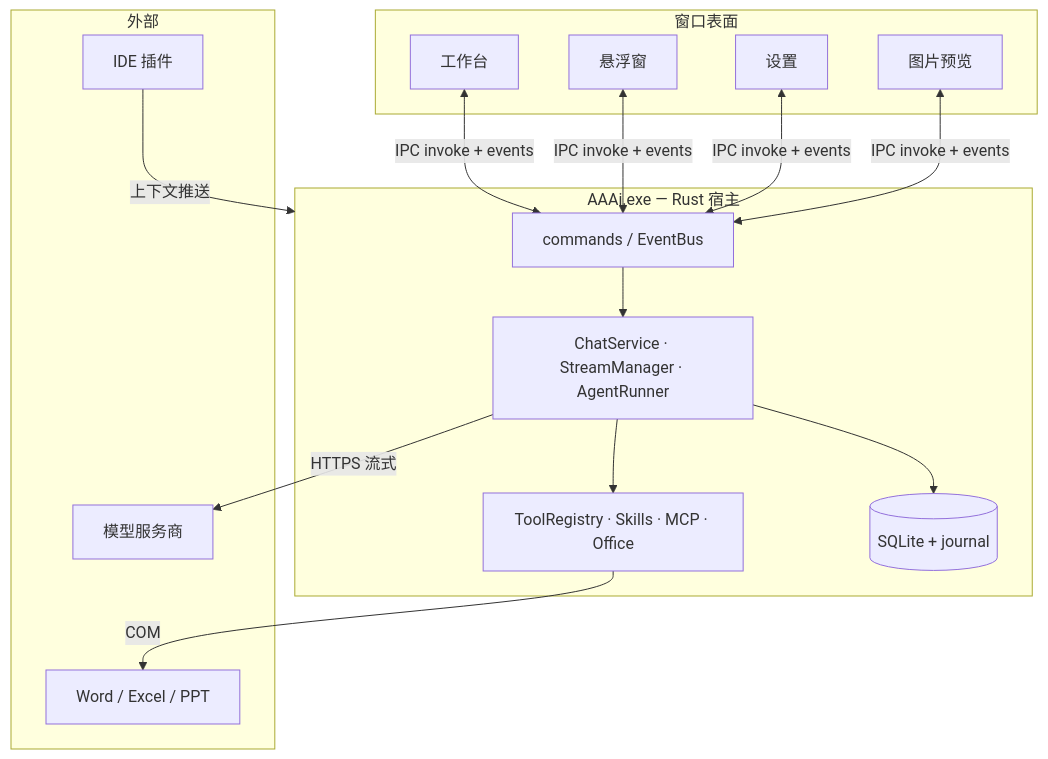
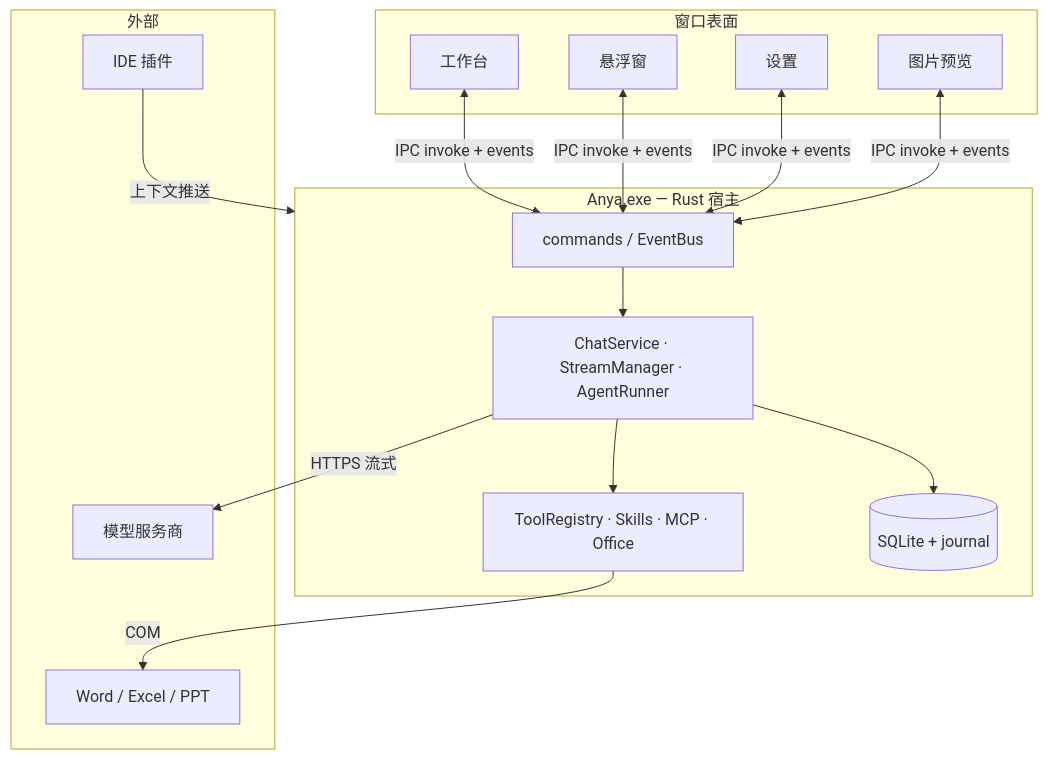
One commit to rururunu/AAAi changed the diagram in README.zh-CN.md. Above: the diagram before and after it, drawn with Mermaid. The commit also changed other lines of this file and 153 other files, not shown here.

Commit message:
feat: Anya 品牌化、自定义厂商预设与聊天/存储优化 - 产品更名 Anya（图标、文档、发版产物与 eval 二进制） - 自定义提供商：MiMo / 智谱 GLM / 火山方舟 / MiniMax / Kimi 预设与图标；OpenAI /v1/models 拉模型；设置页与引导页对齐 - 会话 SQLite：索引、journal 批量写入、大 JSON 截断、按会话懒加载，降低写放大 - 思考过程续轮/折叠与工作时间线体验优化；输入区附件/文件树与提及相关改进 - 清理未使用 API，消除 dead_code 编译告警

````diff
--- a/README.zh-CN.md
+++ b/README.zh-CN.md
@@ -182,30 +182,30 @@
 ```mermaid
 flowchart TB
   subgraph Surfaces["窗口表面"]
     WB[工作台]
     OV[悬浮窗]
     ST[设置]
     PV[图片预览]
   end
 
-  subgraph Host["AAAi.exe — Rust 宿主"]
+  subgraph Host["Anya.exe — Rust 宿主"]
     CMD[commands / EventBus]
     CHAT[ChatService · StreamManager · AgentRunner]
     TOOLS[ToolRegistry · Skills · MCP · Office]
     STORE[(SQLite + journal)]
   end
 
   subgraph External["外部"]
     LLM[模型服务商]
     IDE[IDE 插件]
     OFFICE[Word / Excel / PPT]
   end
 
   WB & OV & ST & PV <-->|IPC invoke + events| CMD
   CMD --> CHAT
   CHAT --> TOOLS
   CHAT --> STORE
   CHAT -->|HTTPS 流式| LLM
   IDE -->|上下文推送| Host
   TOOLS -->|COM| OFFICE
 ```
````
